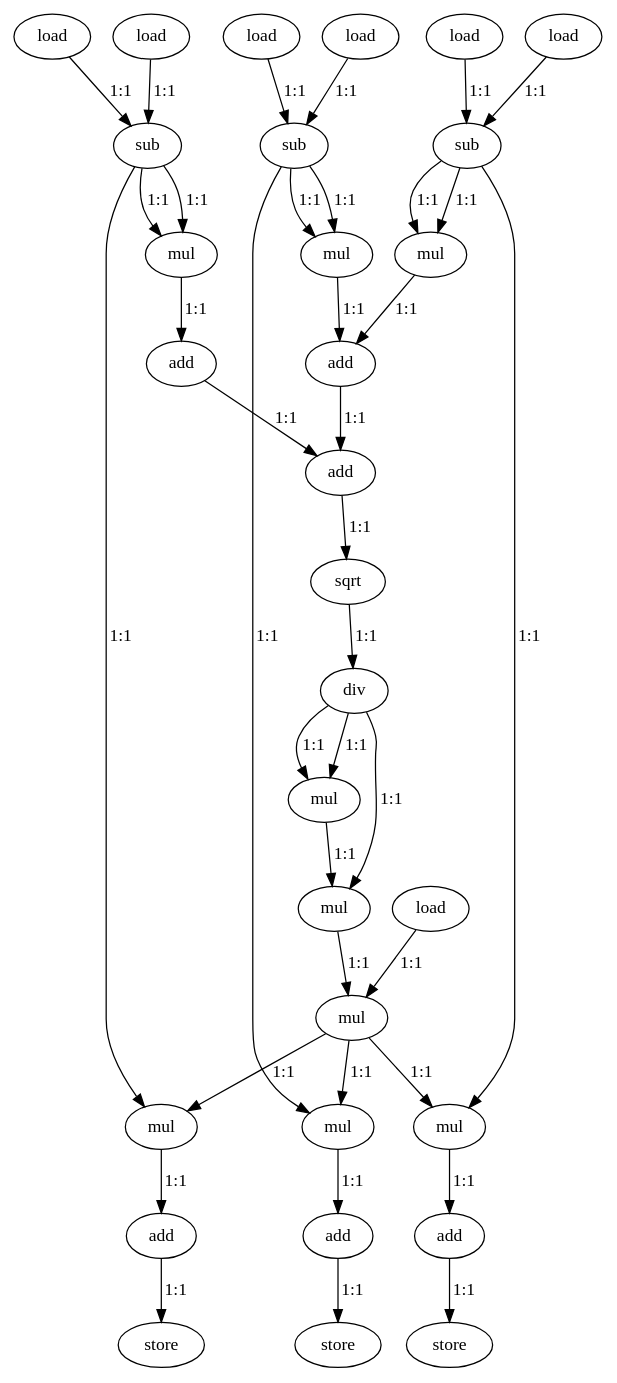
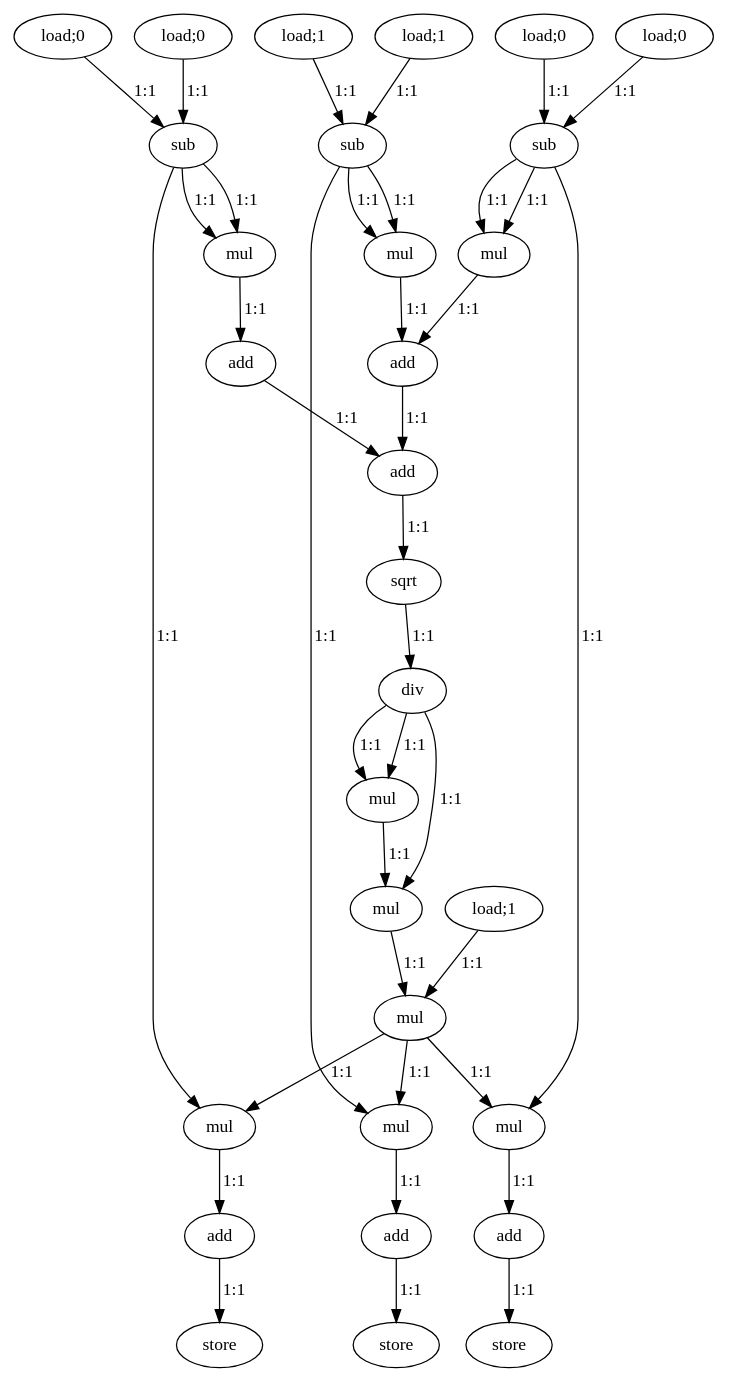
Before and after one commit to nikhilsambhus/DFGprop: the diagram in large_dfgs/NBody.dot, drawn with Graphviz. The commit also changed 16 other files, not shown here.

```diff
--- a/large_dfgs/NBody.dot
+++ b/large_dfgs/NBody.dot
@@ -1,74 +1,74 @@
 digraph {
-  0 [label="load"];
-  1 [label="load"];
-  2 [label="load"];
-  3 [label="load"];
-  4 [label="load"];
-  5 [label="load"];
+  0 [label="load;0"];
+  1 [label="load;0"];
+  2 [label="load;0"];
+  3 [label="load;0"];
+  4 [label="load;1"];
+  5 [label="load;1"];
   6 [label="sub"];
   7 [label="sub"];
   8 [label="sub"];
   9 [label="mul"];
   10 [label="mul"];
   11 [label="mul"];
   12 [label="add"];
   13 [label="add"];
   14 [label="add"];
   15 [label="sqrt"];
   16 [label="div"];
   17 [label="mul"];
-  18 [label="load"];
+  18 [label="load;1"];
   19 [label="mul"];
   20 [label="mul"];
   21 [label="mul"];
   22 [label="mul"];
   23 [label="mul"];
   24 [label="add"];
   25 [label="add"];
   26 [label="add"];
   27 [label="store"];
   28 [label="store"];
   29 [label="store"];
 
   0->6 [label="1:1"];
   1->6 [label="1:1"];
   2->7 [label="1:1"];
   3->7 [label="1:1"];
   4->8 [label="1:1"];
   5->8 [label="1:1"];
   6->21 [label="1:1"];
   6->9 [label="1:1"];
   6->9 [label="1:1"];
   7->22 [label="1:1"];
   7->10 [label="1:1"];
   7->10 [label="1:1"];
   8->23 [label="1:1"];
   8->11 [label="1:1"];
   8->11 [label="1:1"];
   9->12 [label="1:1"];
   10->13 [label="1:1"];
   11->12 [label="1:1"];
   12->14 [label="1:1"];
   13->14 [label="1:1"];
   14->15 [label="1:1"];
   15->16 [label="1:1"];
   16->17 [label="1:1"];
   16->17 [label="1:1"];
   16->19 [label="1:1"];
   17->19 [label="1:1"];
   18->20 [label="1:1"];
   19->20 [label="1:1"];
   20->21 [label="1:1"];
   20->22 [label="1:1"];
   20->23 [label="1:1"];
   21->24 [label="1:1"];
   22->25 [label="1:1"];
   23->26 [label="1:1"];
   24->27 [label="1:1"];
   25->28 [label="1:1"];
   26->29 [label="1:1"];
 
 
 
 
 }
```
